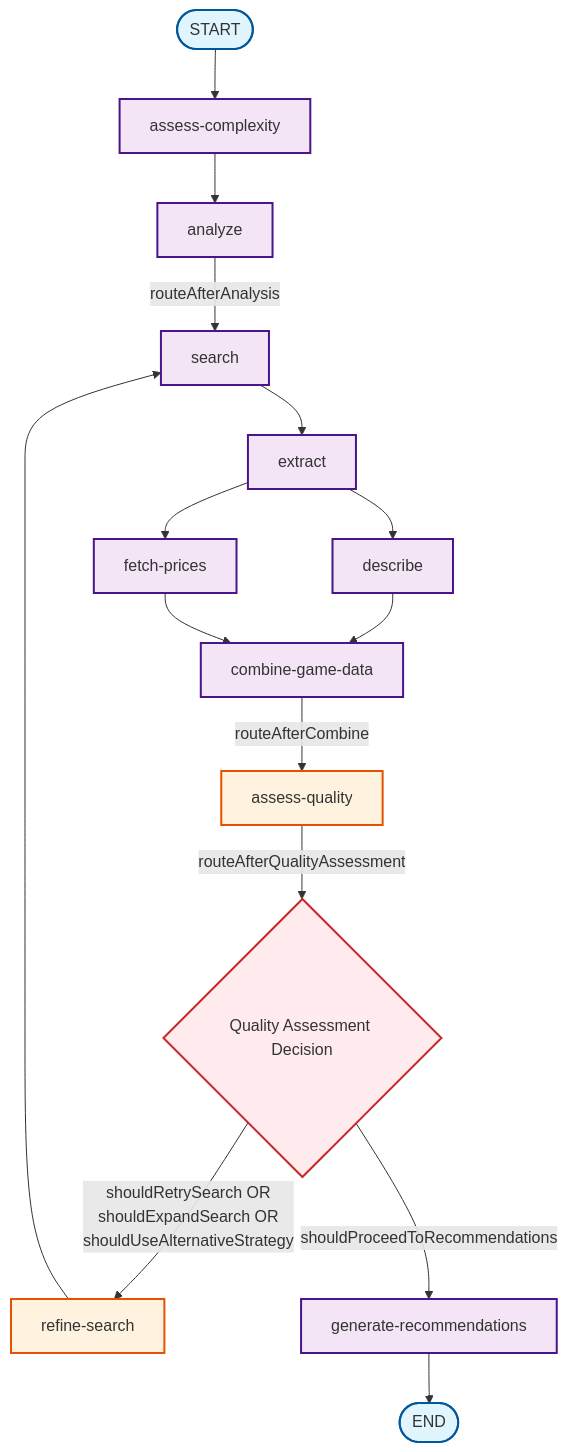
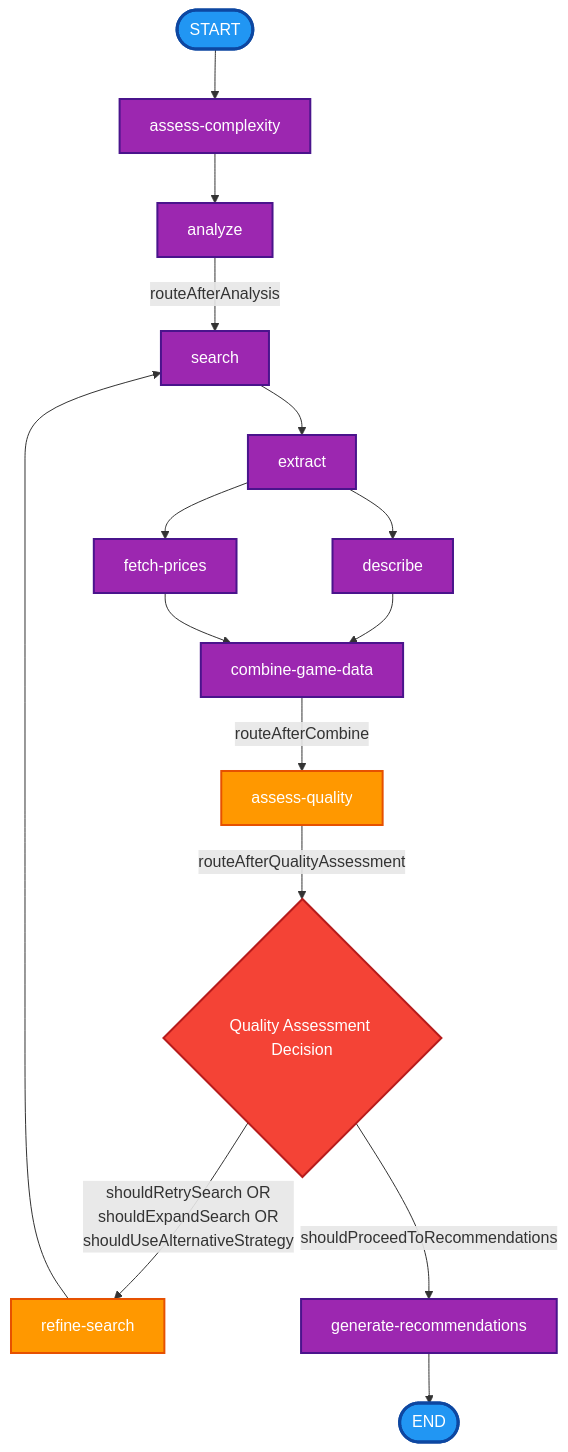
The diagram in game-recommendation-graph-diagram.md (litzebauer/game-recommender), drawn with Mermaid before and after one commit.

Commit message:
docs: update game recommendation graph diagram styling for improved visual clarity and consistency, enhancing the overall presentation of node classifications.

````diff
--- a/game-recommendation-graph-diagram.md
+++ b/game-recommendation-graph-diagram.md
@@ -5,38 +5,38 @@
 ```mermaid
 flowchart TD
     START([START]) --> assess_complexity[assess-complexity]
 
     assess_complexity --> analyze[analyze]
 
     analyze --> |routeAfterAnalysis| search[search]
 
     search --> extract[extract]
 
     extract --> describe[describe]
     extract --> price[fetch-prices]
 
     describe --> combine[combine-game-data]
     price --> combine
 
     combine --> |routeAfterCombine| assess_quality[assess-quality]
 
     assess_quality --> |routeAfterQualityAssessment| decision{Quality Assessment Decision}
 
     decision --> |shouldRetrySearch OR<br/>shouldExpandSearch OR<br/>shouldUseAlternativeStrategy| refine_search[refine-search]
     decision --> |shouldProceedToRecommendations| recommend[generate-recommendations]
 
     refine_search --> search
 
     recommend --> END([END])
 
     %% Styling
-    classDef startEnd fill:#e1f5fe,stroke:#01579b,stroke-width:2px
-    classDef coreNode fill:#f3e5f5,stroke:#4a148c,stroke-width:2px
-    classDef agenticNode fill:#fff3e0,stroke:#e65100,stroke-width:2px
-    classDef decision fill:#ffebee,stroke:#c62828,stroke-width:2px
+    classDef startEnd fill:#2196f3,stroke:#0d47a1,stroke-width:3px,color:#ffffff
+    classDef coreNode fill:#9c27b0,stroke:#4a148c,stroke-width:2px,color:#ffffff
+    classDef agenticNode fill:#ff9800,stroke:#e65100,stroke-width:2px,color:#ffffff
+    classDef decision fill:#f44336,stroke:#b71c1c,stroke-width:2px,color:#ffffff
 
     class START,END startEnd
     class assess_complexity,analyze,search,extract,describe,price,combine,recommend coreNode
     class assess_quality,refine_search agenticNode
     class decision decision
 ```
````
